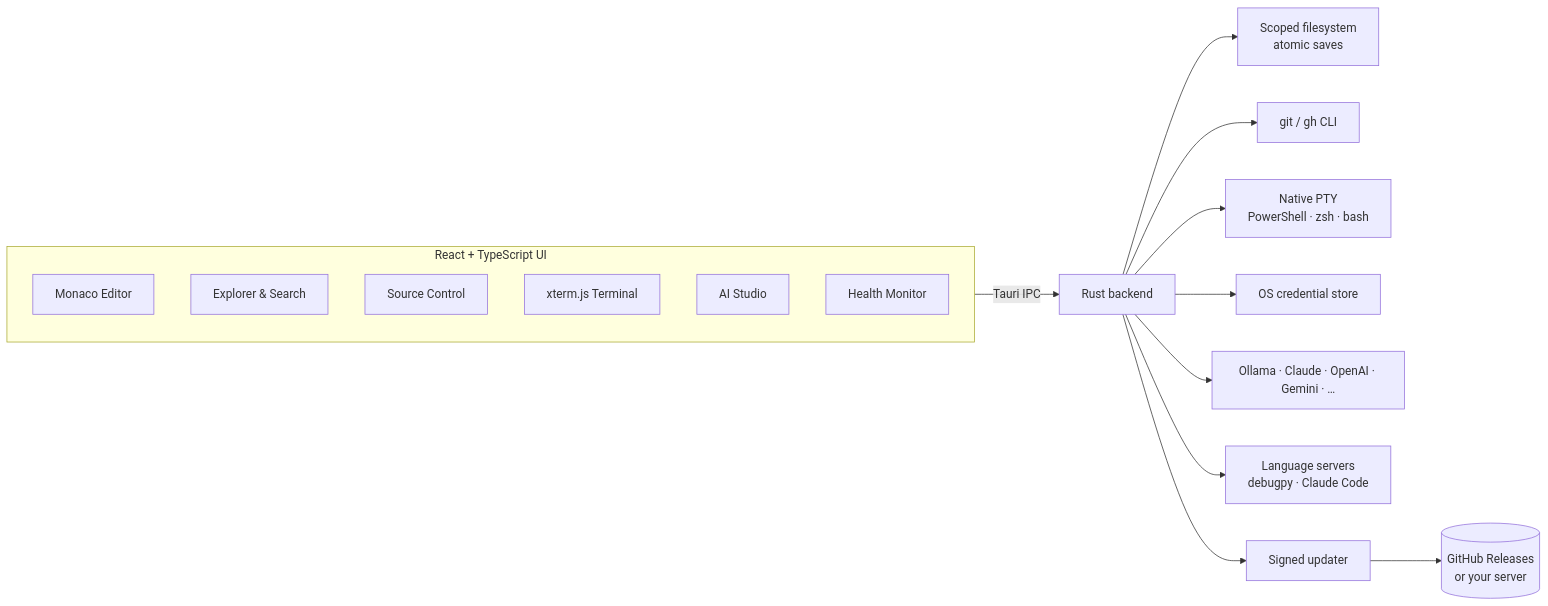
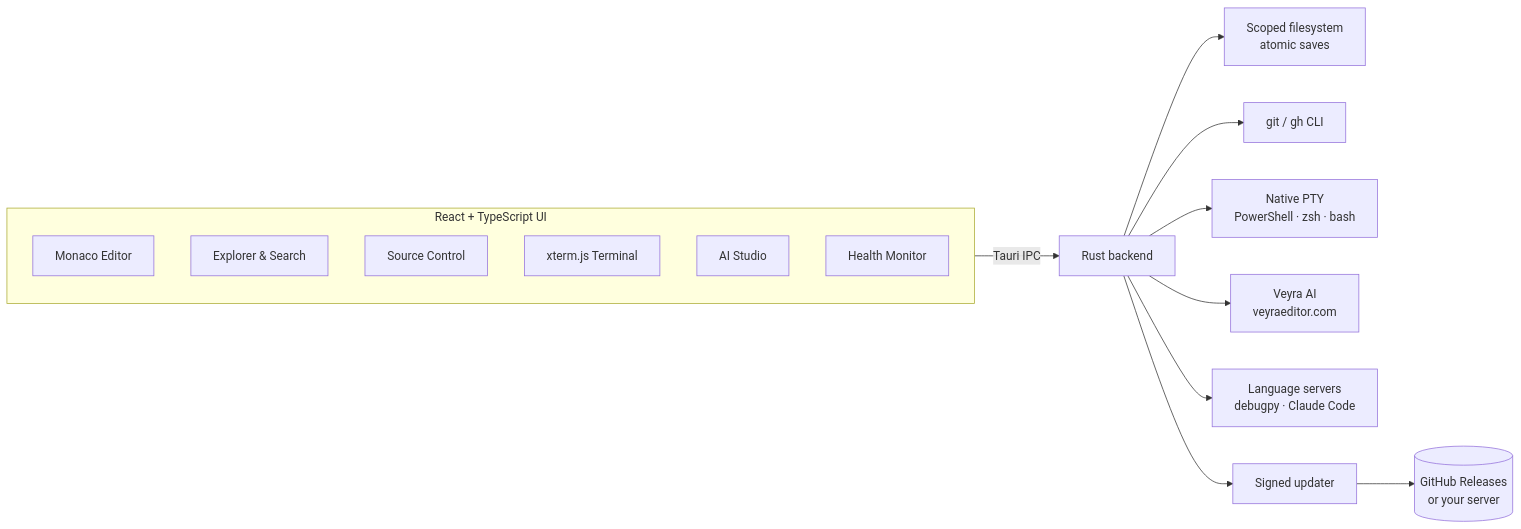
Before and after one commit to fcopensource/veyraeditor: the diagram in README.md, drawn with Mermaid. The commit also changed other lines of this file and 49 other files, not shown here.

````diff
--- a/README.md
+++ b/README.md
@@ -208,21 +201,20 @@
 ```mermaid
 flowchart LR
     subgraph UI["React + TypeScript UI"]
       Monaco[Monaco Editor]
       Explorer[Explorer & Search]
       SCM[Source Control]
       Term[xterm.js Terminal]
       AI[AI Studio]
       Health[Health Monitor]
     end
 
     UI -->|Tauri IPC| Rust[Rust backend]
     Rust --> FS[Scoped filesystem<br/>atomic saves]
     Rust --> Git[git / gh CLI]
     Rust --> PTY[Native PTY<br/>PowerShell · zsh · bash]
-    Rust --> Keys[OS credential store]
-    Rust --> Models[Ollama · Claude · OpenAI · Gemini · …]
+    Rust --> VeyraAI[Veyra AI<br/>veyraeditor.com]
     Rust --> Tools[Language servers<br/>debugpy · Claude Code]
     Rust --> Updater[Signed updater]
     Updater --> Releases[(GitHub Releases<br/>or your server)]
 ```
````
